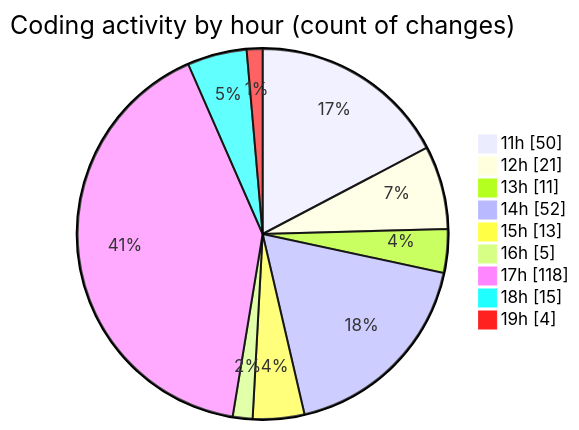
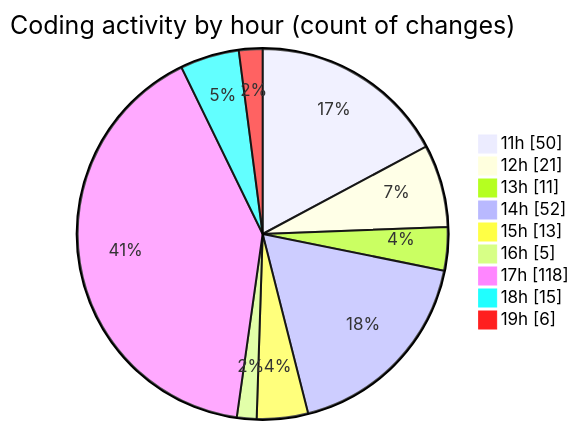
Before and after one commit to tmsrecording-cyber/code-tracking: the second of 2 diagrams in 2026-02-06/singularitybrainai/README.md, drawn with Mermaid. The commit also changed other lines of this file and 1 other file, not shown here.

````diff
--- a/2026-02-06/singularitybrainai/README.md
+++ b/2026-02-06/singularitybrainai/README.md
@@ -47,13 +47,13 @@
 ```mermaid
 pie showData
 title Coding activity by hour (count of changes)
 "11h" : 50
 "12h" : 21
 "13h" : 11
 "14h" : 52
 "15h" : 13
 "16h" : 5
 "17h" : 118
 "18h" : 15
-"19h" : 4
+"19h" : 6
 ```
````
